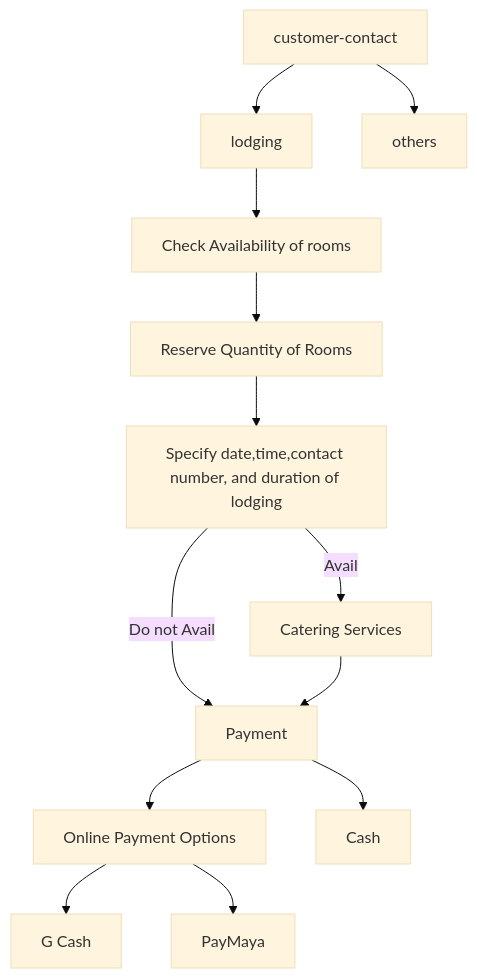
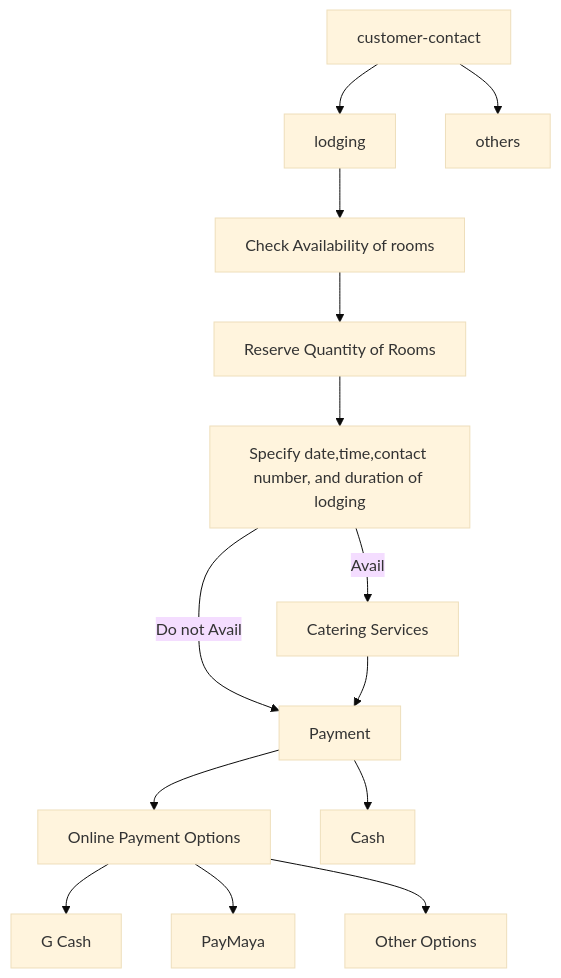
Before and after one commit to isuckinprogramming/DataModels: the diagram in BusinessProcessMermaid.md, drawn with Mermaid (base theme).

Commit message:
Added Payment Options as end of purchase

```diff
--- a/BusinessProcessMermaid.md
+++ b/BusinessProcessMermaid.md
@@ -9,15 +9,16 @@
 ::: mermaid
 graph TD;
     customer-contact-->lodging[lodging];
     customer-contact-->unexpected-variables[others];
     lodging-->1-lodging-process[Check Availability of rooms]
     1-lodging-process-->2-lodging-process[Reserve Quantity of Rooms]
     2-lodging-process-->3-lodging-process[Specify date,time,contact number, and duration of lodging]
     3-lodging-process --> |Avail| 4-lodging-process[Catering Services]
     3-lodging-process --> |Do not Avail| 5-lodging-process[Payment]
     4-lodging-process --> 5-lodging-process
     5-lodging-process --> 6-lodging-process[Online Payment Options]
     5-lodging-process --> 7-lodging-process[Cash]
     6-lodging-process --> 8-lodging-process[G Cash]
-    6-lodging-process --> 9-lodging-process[PayMaya ]
+    6-lodging-process --> 9-lodging-process[PayMaya]
+    6-lodging-process --> 10-lodging-process[Other Options]
 :::
```
